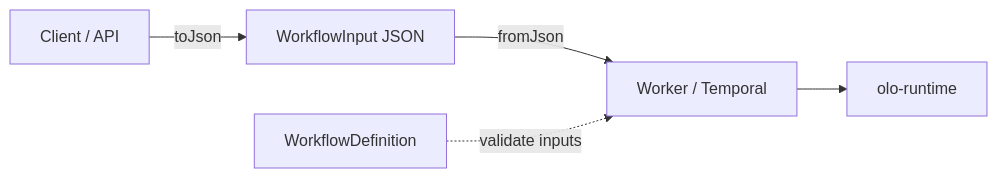
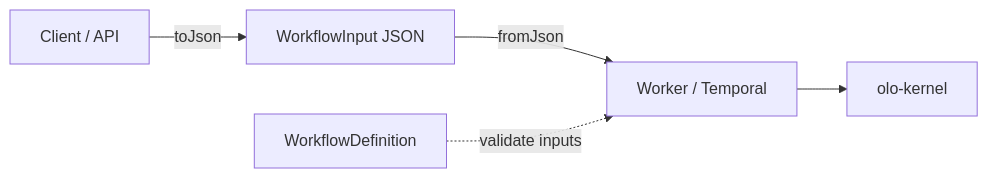
One commit to olo-labs/olo-mono changed the diagram in olo-workflow-input/docs/ARCHITECTURE.md. Above: the diagram before and after it, drawn with Mermaid. The commit also changed other lines of this file and 74 other files, not shown here.

````diff
--- a/olo-workflow-input/docs/ARCHITECTURE.md
+++ b/olo-workflow-input/docs/ARCHITECTURE.md
@@ -21,13 +21,13 @@
 ```mermaid
 flowchart LR
     Client[Client / API]
     Payload[WorkflowInput JSON]
     Worker[Worker / Temporal]
     Def[WorkflowDefinition]
-    Runtime[olo-runtime]
+    Kernel[olo-kernel]
 
     Client -->|toJson| Payload
     Payload -->|fromJson| Worker
     Def -.->|validate inputs| Worker
-    Worker --> Runtime
+    Worker --> Kernel
 ```
````
